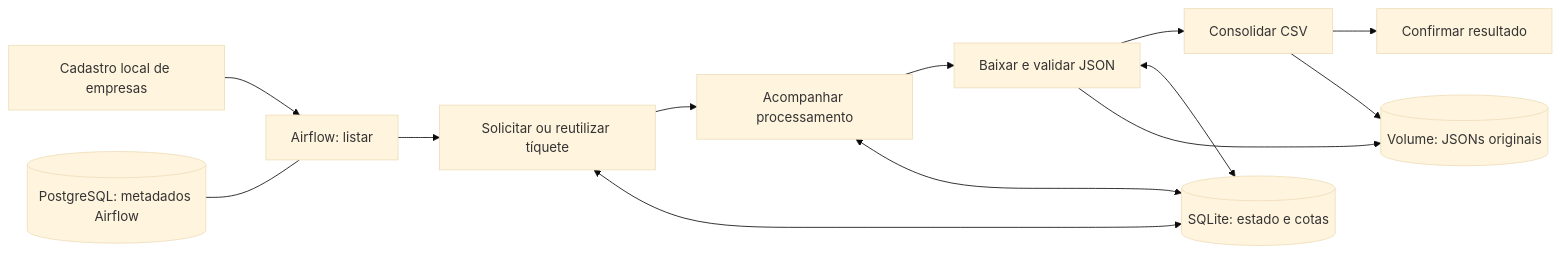
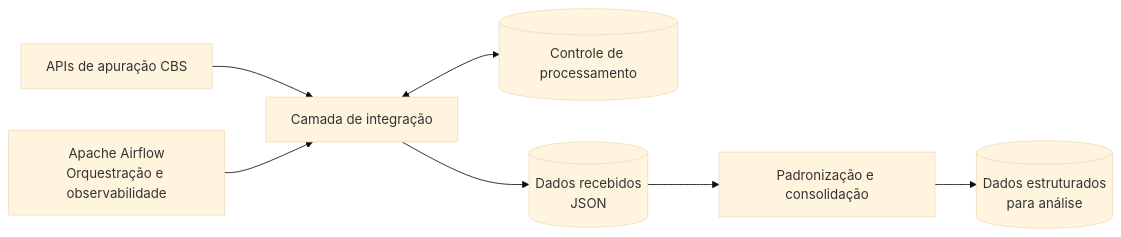
One commit to AbimaelBrilhante/cbs-api-airflow-pipeline changed the diagram in README.md. Above: the diagram before and after it, drawn with Mermaid (base theme). The commit also changed other lines of this file and 2 other files, not shown here.

Commit message:
Apresenta arquitetura do pipeline CBS sem distribuir codigo-fonte

````diff
--- a/README.md
+++ b/README.md
@@ -15,15 +20,9 @@
 ```mermaid
 flowchart LR
-    A[Cadastro local de empresas] --> B[Airflow: listar]
-    B --> C[Solicitar ou reutilizar tíquete]
-    C --> D[Acompanhar processamento]
-    D --> E[Baixar e validar JSON]
-    E --> F[Consolidar CSV]
-    F --> G[Confirmar resultado]
-    C <--> S[(SQLite: estado e cotas)]
-    D <--> S
-    E <--> S
-    E --> V[(Volume: JSONs originais)]
-    F --> V
-    H[(PostgreSQL: metadados Airflow)] --- B
+    A["APIs de apuração CBS"] --> B["Camada de integração"]
+    O["Apache Airflow<br/>Orquestração e observabilidade"] --> B
+    B <--> S[("Controle de processamento")]
+    B --> C[("Dados recebidos<br/>JSON")]
+    C --> D["Padronização e consolidação"]
+    D --> E[("Dados estruturados<br/>para análise")]
 ```
````
